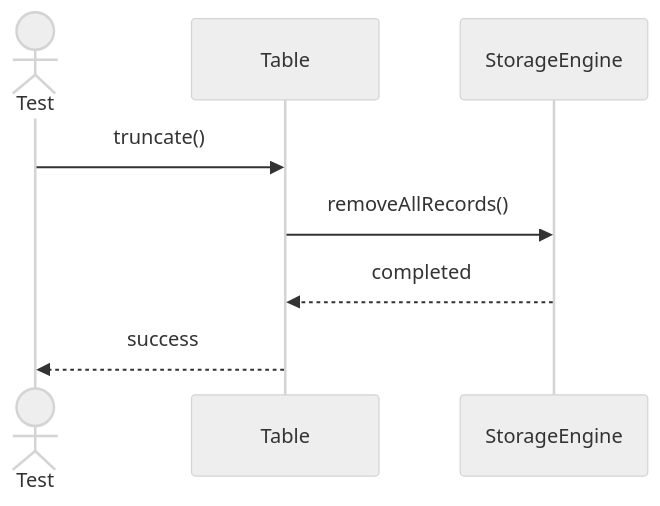
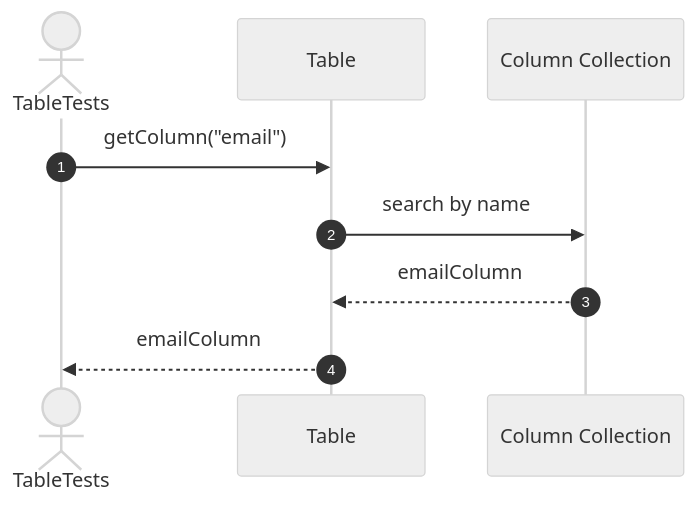
One commit to FhuAnn/-bbv-AN-s-DBMS changed the fifth of 20 diagrams in src/tests/unit/metadata/sequences/tables-testing.se.md. Above: the diagram before and after it, drawn with Mermaid (neutral theme). The commit also changed other lines of this file and 60 other files, not shown here.

Commit message:
refactor data table, row, column, constraint, index test file

````diff
--- a/src/tests/unit/metadata/sequences/tables-testing.se.md
+++ b/src/tests/unit/metadata/sequences/tables-testing.se.md
@@ -92,14 +88,12 @@
 ```mermaid
 sequenceDiagram
-actor Test
-participant Table
-participant StorageEngine
+    autonumber
+    actor Test as TableTests
+    participant Table as Table
+    participant Columns as Column Collection
 
-Test->>Table: truncate()
-
-Table->>StorageEngine: removeAllRecords()
-
-StorageEngine-->>Table: completed
-
-Table-->>Test: success
+    Test->>Table: getColumn("email")
+    Table->>Columns: search by name
+    Columns-->>Table: emailColumn
+    Table-->>Test: emailColumn
 ```
````
